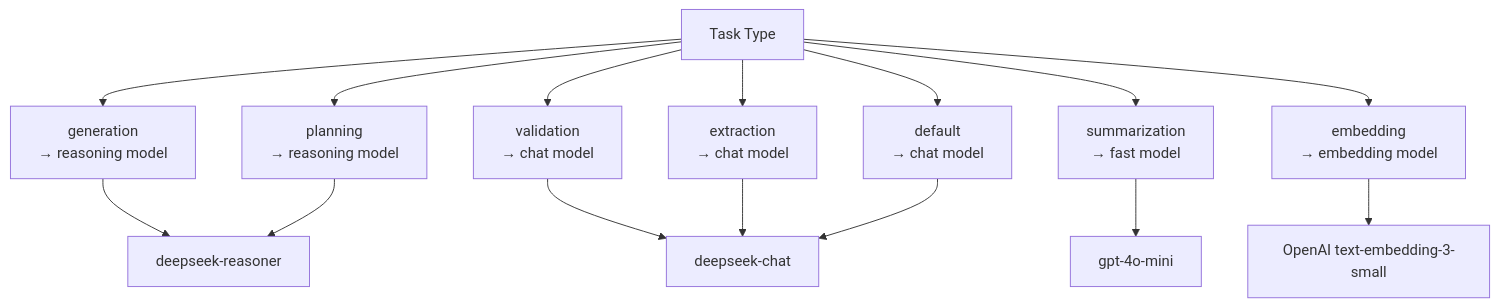
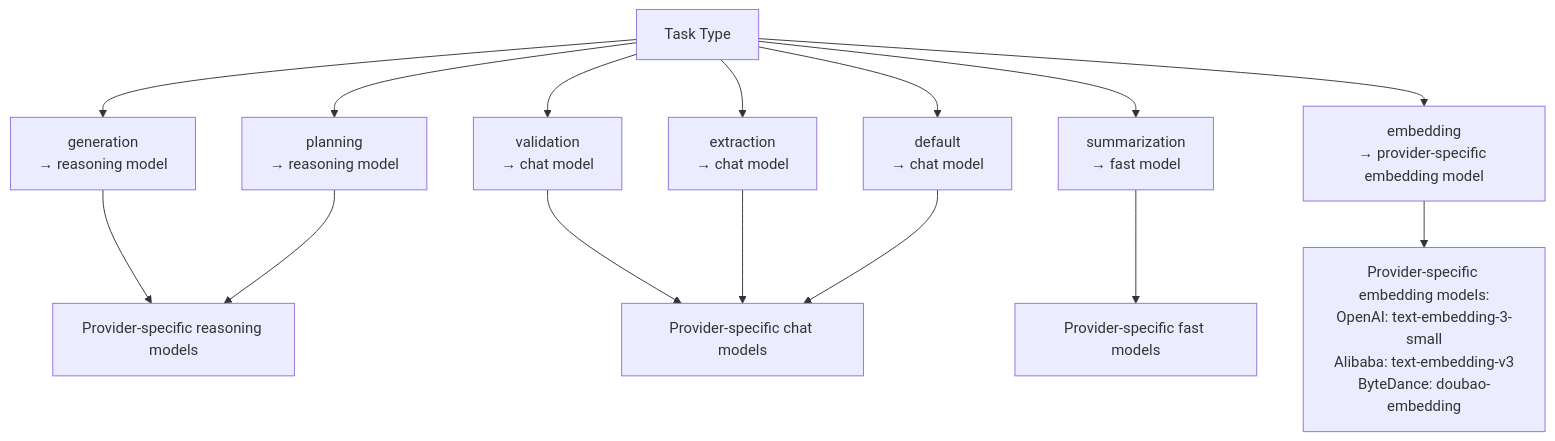
Before and after one commit to liwonder/NARRITIVE_OS: the fourth of 8 diagrams in .qoder/repowiki/en/content/LLM Integration and Configuration.md, drawn with Mermaid. The commit also changed other lines of this file and 4 other files, not shown here.

Commit message:
wiki and full flow test case

````diff
--- a/.qoder/repowiki/en/content/LLM Integration and Configuration.md
+++ b/.qoder/repowiki/en/content/LLM Integration and Configuration.md
@@ -265,17 +270,17 @@
 ```mermaid
 flowchart TD
 Task["Task Type"] --> Gen["generation<br/>→ reasoning model"]
 Task --> Plan["planning<br/>→ reasoning model"]
 Task --> Val["validation<br/>→ chat model"]
 Task --> Sum["summarization<br/>→ fast model"]
 Task --> Ext["extraction<br/>→ chat model"]
-Task --> Emb["embedding<br/>→ embedding model"]
+Task --> Emb["embedding<br/>→ provider-specific embedding model"]
 Task --> Def["default<br/>→ chat model"]
-Gen --> Reasoning["deepseek-reasoner"]
+Gen --> Reasoning["Provider-specific reasoning models"]
 Plan --> Reasoning
-Val --> Chat["deepseek-chat"]
+Val --> Chat["Provider-specific chat models"]
 Ext --> Chat
-Sum --> Fast["gpt-4o-mini"]
+Sum --> Fast["Provider-specific fast models"]
 Def --> Chat
-Emb --> Embedding["OpenAI text-embedding-3-small"]
+Emb --> Embedding["Provider-specific embedding models:<br/>OpenAI: text-embedding-3-small<br/>Alibaba: text-embedding-v3<br/>ByteDance: doubao-embedding"]
 ```
````
